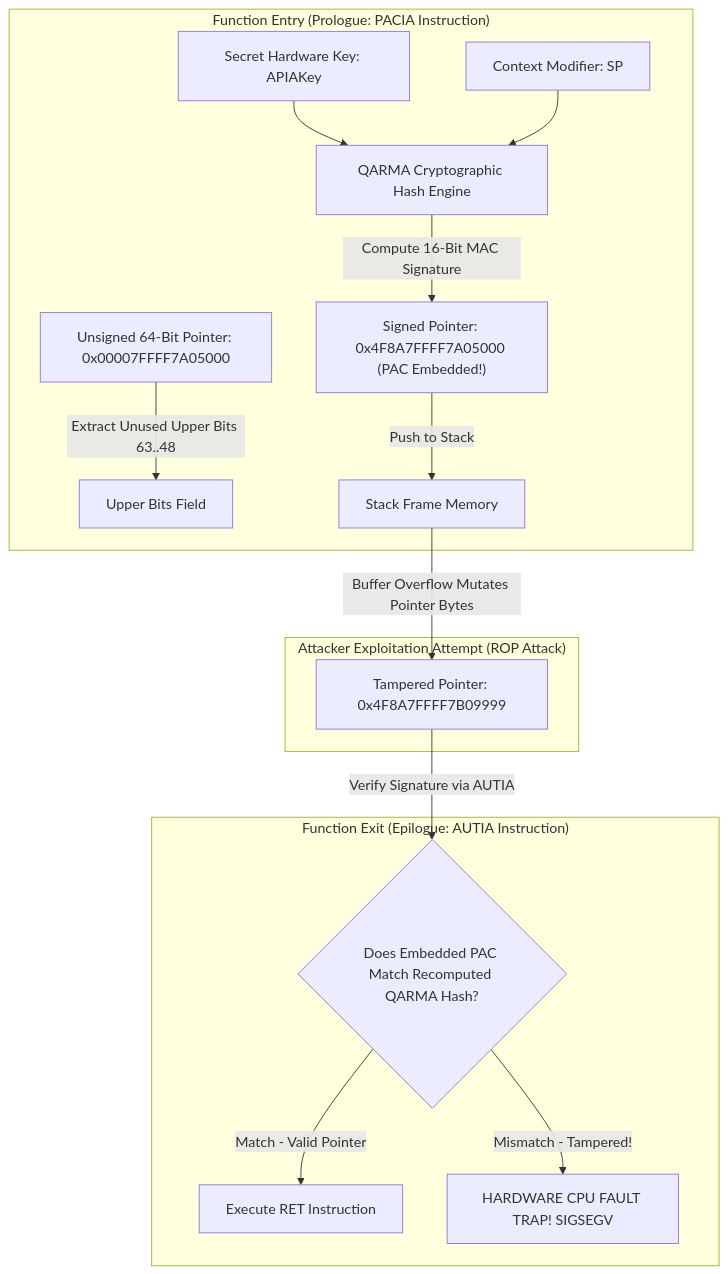
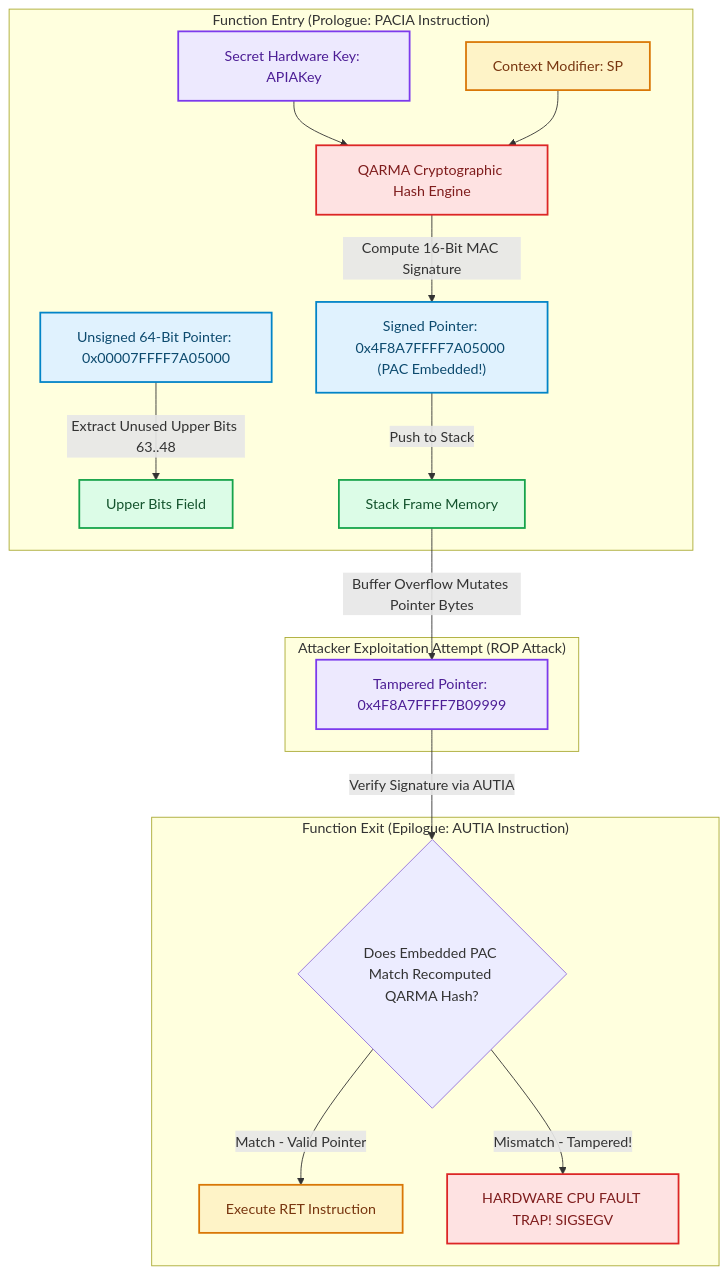
The diagram in blog/posts/memory-safety-pointer-authentication-arm-pac-aslr.md (akmalkhaniub/akmalkhaniub.github.io), drawn with Mermaid before and after one commit. The commit also changed other lines of this file and 1291 other files, not shown here.

First line of the commit message:
feat(catalog): unique covers, scholarly references, and diagram palettes

````diff
--- a/blog/posts/memory-safety-pointer-authentication-arm-pac-aslr.md
+++ b/blog/posts/memory-safety-pointer-authentication-arm-pac-aslr.md
@@ -21,20 +21,31 @@
 ```mermaid
 flowchart TD
   subgraph SG1_FunctionEntryPrologue ["Function Entry (Prologue: PACIA Instruction)"]
-    RawPtr[Unsigned 64-Bit Pointer: 0x00007FFFF7A05000] -->|Extract Unused Upper Bits 63..48| UnusedBits[Upper Bits Field]
-    SecretKey[Secret Hardware Key: APIAKey] & Modifier[Context Modifier: SP] --> QARMA[QARMA Cryptographic Hash Engine]
+    RawPtr["Unsigned 64-Bit Pointer: 0x00007FFFF7A05000"] -->|Extract Unused Upper Bits 63..48| UnusedBits["Upper Bits Field"]
+    SecretKey["Secret Hardware Key: APIAKey"] & Modifier["Context Modifier: SP"] --> QARMA["QARMA Cryptographic Hash Engine"]
     
     QARMA -->|Compute 16-Bit MAC Signature| SignPtr["Signed Pointer: 0x4F8A7FFFF7A05000 (PAC Embedded!)"]
-    SignPtr -->|Push to Stack| Stack[Stack Frame Memory]
+    SignPtr -->|Push to Stack| Stack["Stack Frame Memory"]
   end
   
   subgraph SG2_AttackerExploitationAttempt ["Attacker Exploitation Attempt (ROP Attack)"]
     Stack -->|Buffer Overflow Mutates Pointer Bytes| CorruptPtr["Tampered Pointer: 0x4F8A7FFFF7B09999"]
   end
   
   subgraph SG3_FunctionExitEpilogue ["Function Exit (Epilogue: AUTIA Instruction)"]
     CorruptPtr -->|Verify Signature via AUTIA| PACCheck{Does Embedded PAC Match Recomputed QARMA Hash?}
-    PACCheck -->|Match - Valid Pointer| Exec[Execute RET Instruction]
-    PACCheck -->|Mismatch - Tampered!| Trap[ HARDWARE CPU FAULT TRAP! SIGSEGV]
+    PACCheck -->|Match - Valid Pointer| Exec["Execute RET Instruction"]
+    PACCheck -->|Mismatch - Tampered!| Trap[" HARDWARE CPU FAULT TRAP! SIGSEGV"]
   end
+
+classDef green fill:#dcfce7,stroke:#16a34a,stroke-width:2px,color:#14532d;
+classDef red fill:#fee2e2,stroke:#dc2626,stroke-width:2px,color:#7f1d1d;
+classDef blue fill:#e0f2fe,stroke:#0284c7,stroke-width:2px,color:#0c4a6e;
+classDef yellow fill:#fef3c7,stroke:#d97706,stroke-width:2px,color:#78350f;
+classDef purple fill:#ede9fe,stroke:#7c3aed,stroke-width:2px,color:#4c1d95;
+class RawPtr,SignPtr blue
+class UnusedBits,Stack green
+class SecretKey,CorruptPtr purple
+class Modifier,Exec yellow
+class QARMA,Trap red
 ```
````
